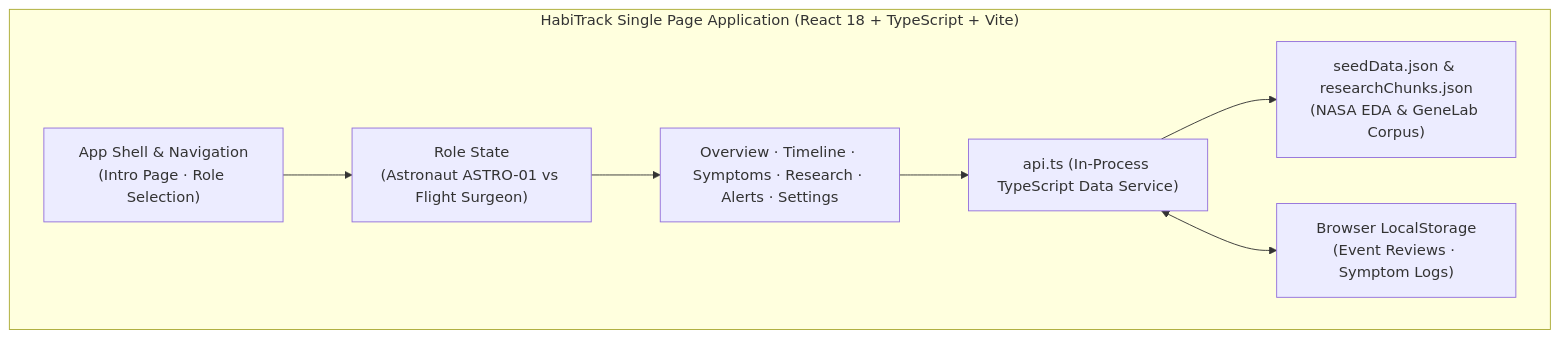
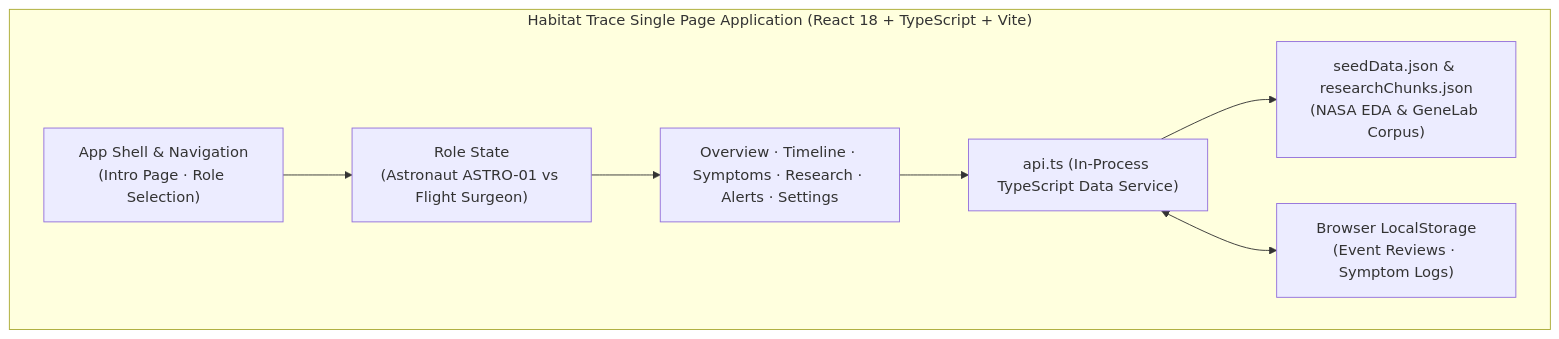
Before and after one commit to shmungus05/HabiTrack: the diagram in README.md, drawn with Mermaid. The commit also changed other lines of this file and 49 other files, not shown here.

````diff
--- a/README.md
+++ b/README.md
@@ -60,16 +60,16 @@
 ```mermaid
 flowchart TD
-    subgraph Client["HabiTrack Single Page Application (React 18 + TypeScript + Vite)"]
+    subgraph Client["Habitat Trace Single Page Application (React 18 + TypeScript + Vite)"]
         SHELL["App Shell & Navigation<br/>(Intro Page · Role Selection)"]
         ROLES["Role State<br/>(Astronaut ASTRO-01 vs Flight Surgeon)"]
         VIEWS["Overview · Timeline · Symptoms · Research · Alerts · Settings"]
         SERVICE["api.ts (In-Process TypeScript Data Service)"]
         STORAGE["Browser LocalStorage<br/>(Event Reviews · Symptom Logs)"]
         SEED["seedData.json & researchChunks.json<br/>(NASA EDA & GeneLab Corpus)"]
         
         SHELL --> ROLES --> VIEWS
         VIEWS --> SERVICE
         SERVICE --> SEED
         SERVICE <--> STORAGE
     end
 ```
````
